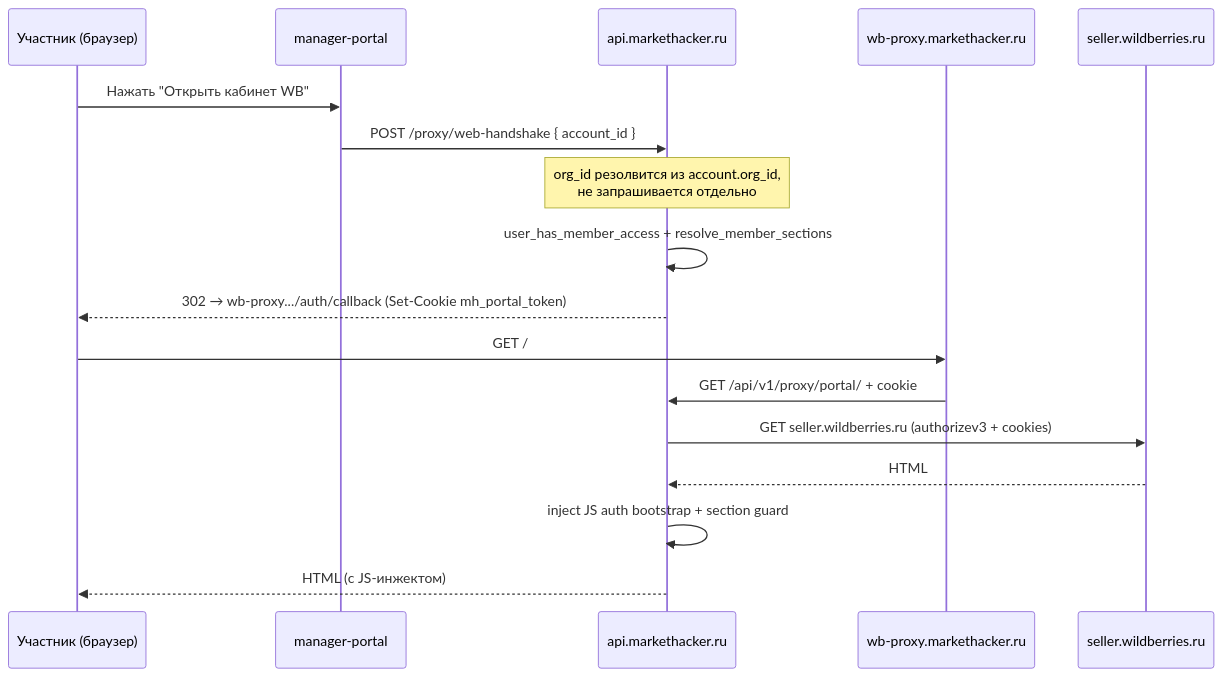
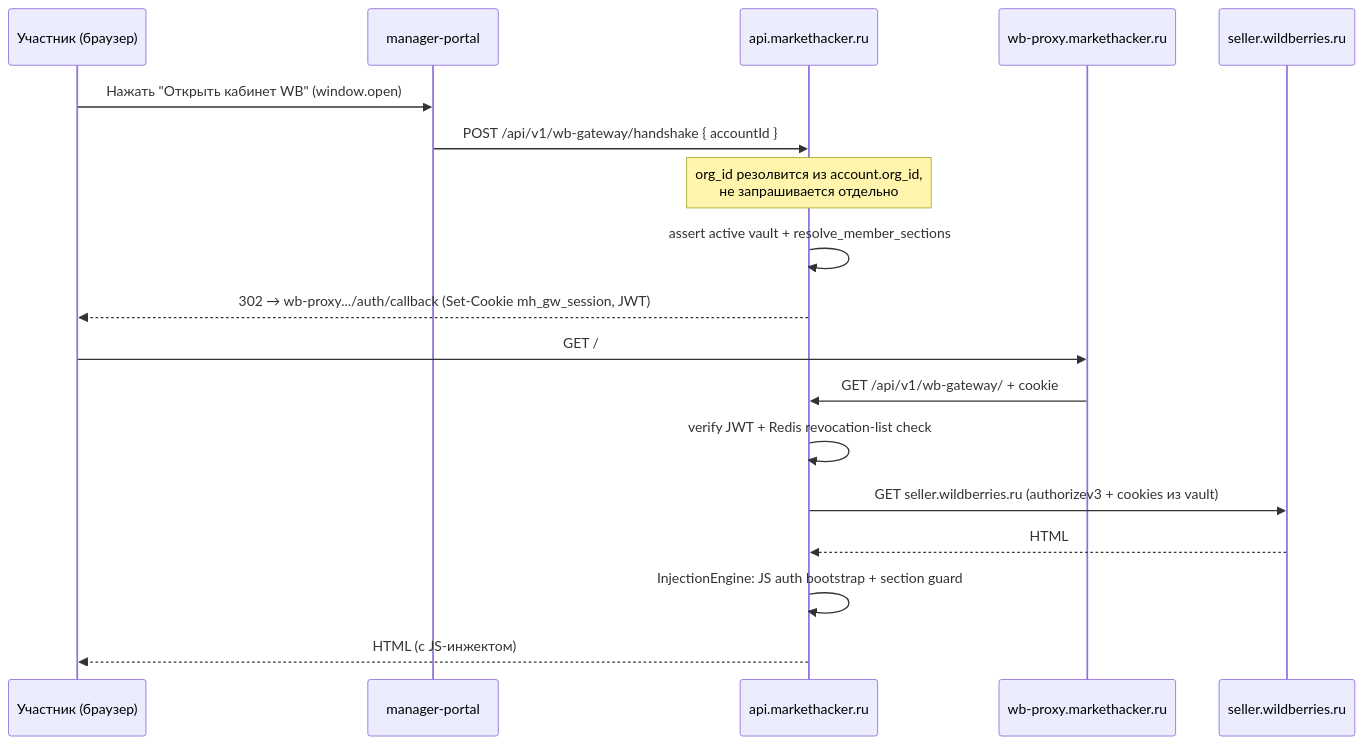
Before and after one commit to MarketHackerLabs/docs: the second of 3 diagrams in architecture/marketplace-access-model.md, drawn with Mermaid. The commit also changed other lines of this file and 11 other files, not shown here.

Commit message:
Обновить документацию по архитектуре и API: заменить упоминания о WB Portal Proxy на WB Gateway, уточнить детали работы с Guided Connect, обновить описание моделей данных и кэширования. Обновить README.md для отражения изменений в архитектуре и функциональности.

````diff
--- a/architecture/marketplace-access-model.md
+++ b/architecture/marketplace-access-model.md
@@ -197,21 +193,22 @@
 ```mermaid
 sequenceDiagram
     participant M as Участник (браузер)
     participant MP as manager-portal
     participant API as api.markethacker.ru
-    participant Proxy as wb-proxy.markethacker.ru
+    participant Gateway as wb-proxy.markethacker.ru
     participant WB as seller.wildberries.ru
 
-    M->>MP: Нажать "Открыть кабинет WB"
-    MP->>API: POST /proxy/web-handshake { account_id }
+    M->>MP: Нажать "Открыть кабинет WB" (window.open)
+    MP->>API: POST /api/v1/wb-gateway/handshake { accountId }
     Note over API: org_id резолвится из account.org_id,<br/>не запрашивается отдельно
-    API->>API: user_has_member_access + resolve_member_sections
-    API-->>M: 302 → wb-proxy.../auth/callback (Set-Cookie mh_portal_token)
+    API->>API: assert active vault + resolve_member_sections
+    API-->>M: 302 → wb-proxy.../auth/callback (Set-Cookie mh_gw_session, JWT)
 
-    M->>Proxy: GET /
-    Proxy->>API: GET /api/v1/proxy/portal/ + cookie
-    API->>WB: GET seller.wildberries.ru (authorizev3 + cookies)
+    M->>Gateway: GET /
+    Gateway->>API: GET /api/v1/wb-gateway/ + cookie
+    API->>API: verify JWT + Redis revocation-list check
+    API->>WB: GET seller.wildberries.ru (authorizev3 + cookies из vault)
     WB-->>API: HTML
-    API->>API: inject JS auth bootstrap + section guard
+    API->>API: InjectionEngine: JS auth bootstrap + section guard
     API-->>M: HTML (с JS-инжектом)
 ```
````
